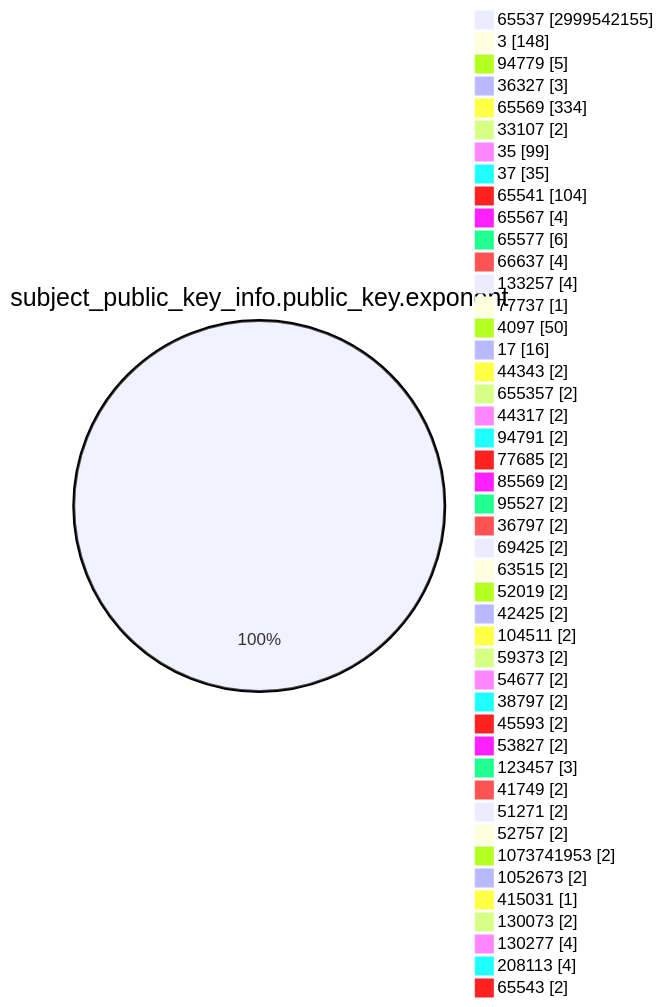
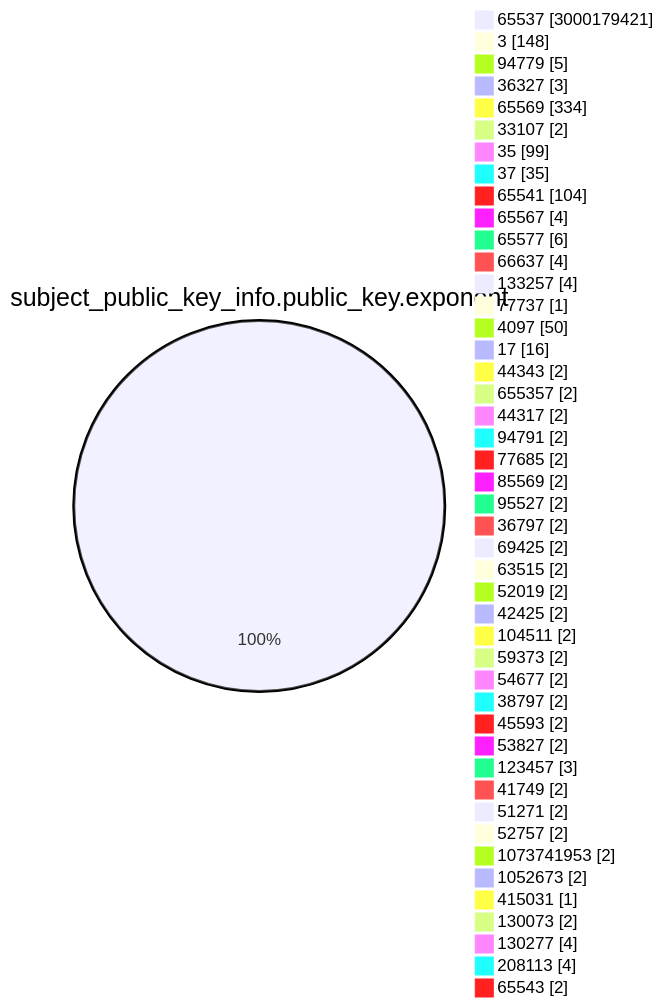
The fourth of 15 diagrams in TOTAL/README.md (christiankrug/ctmonitor_visualization), drawn with Mermaid before and after one commit. The commit also changed other lines of this file, not shown here.

````diff
--- a/TOTAL/README.md
+++ b/TOTAL/README.md
@@ -1472,49 +1472,49 @@
 ```mermaid
 pie showData
 title subject_public_key_info.public_key.exponent
-"65537" :2999542155
+"65537" :3000179421
 "3" :148
 "94779" :5
 "36327" :3
 "65569" :334
 "33107" :2
 "35" :99
 "37" :35
 "65541" :104
 "65567" :4
 "65577" :6
 "66637" :4
 "133257" :4
 "77737" :1
 "4097" :50
 "17" :16
 "44343" :2
 "655357" :2
 "44317" :2
 "94791" :2
 "77685" :2
 "85569" :2
 "95527" :2
 "36797" :2
 "69425" :2
 "63515" :2
 "52019" :2
 "42425" :2
 "104511" :2
 "59373" :2
 "54677" :2
 "38797" :2
 "45593" :2
 "53827" :2
 "123457" :3
 "41749" :2
 "51271" :2
 "52757" :2
 "1073741953" :2
 "1052673" :2
 "415031" :1
 "130073" :2
 "130277" :4
 "208113" :4
 "65543" :2
 ```
````
